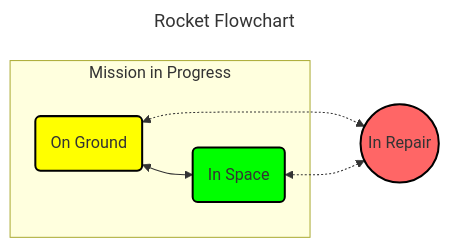
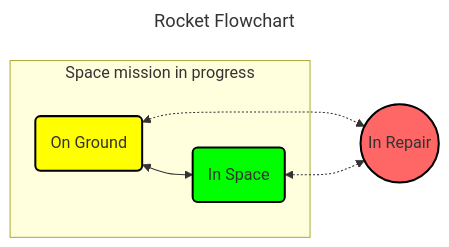
Before and after one commit to Ee-Cs/RecruitmentTaskS2: the third of 3 diagrams in docs/README.md, drawn with Mermaid.

````diff
--- a/docs/README.md
+++ b/docs/README.md
@@ -81,23 +81,23 @@
 ```mermaid
 ---
 title: Rocket Flowchart
 ---
 flowchart LR
 
 %% Node definitions
 GND(On Ground):::yellowBox
 SPC(In Space):::greenBox
 REP((In Repair)):::redBox
 
 %% Flows
-subgraph "Mission in Progress"
+subgraph "Space mission in progress"
   GND <--> SPC
 end
 GND <.-> REP
 SPC <.-> REP
 
 %% Style definitions
 classDef redBox fill: #ff6666, stroke: #000, stroke-width: 2px
 classDef greenBox fill: #00ff00, stroke: #000, stroke-width: 2px
 classDef yellowBox fill: #ffff00, stroke: #000, stroke-width: 2px
 ```
````
